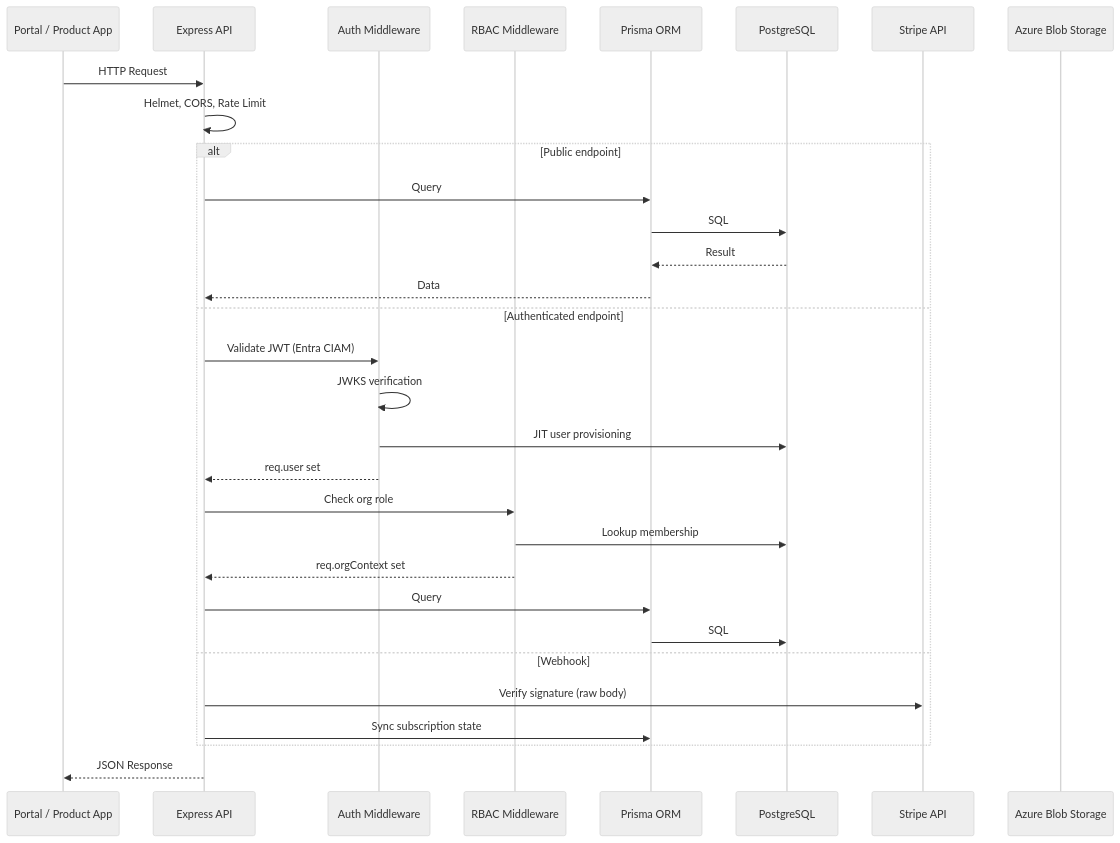
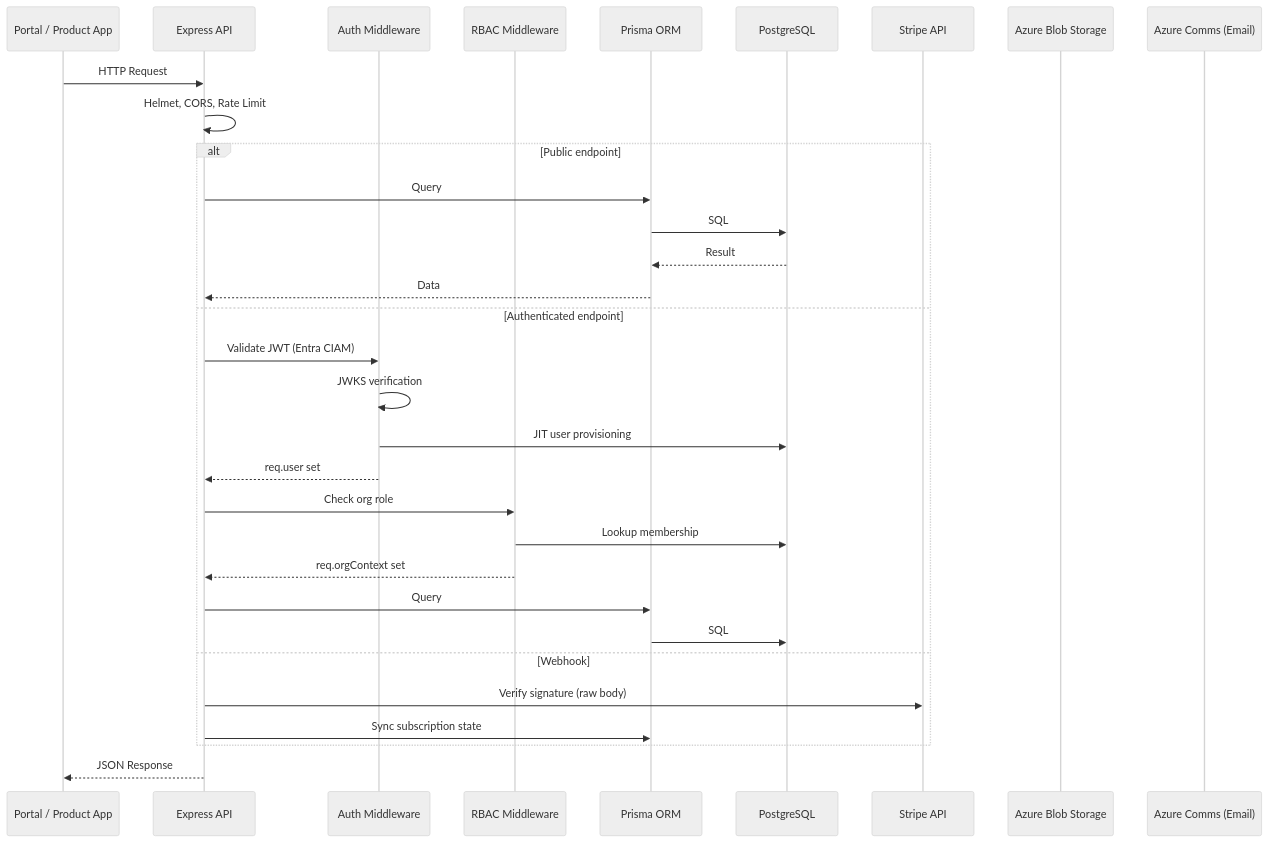
Before and after one commit to Mojo-Up/mju-customerportal-bootstrap: the diagram in docs/api.md, drawn with Mermaid (neutral theme). The commit also changed other lines of this file and 37 other files, not shown here.

````diff
--- a/docs/api.md
+++ b/docs/api.md
@@ -11,36 +11,37 @@
 ```mermaid
 sequenceDiagram
     participant Client as Portal / Product App
     participant API as Express API
     participant Auth as Auth Middleware
     participant RBAC as RBAC Middleware
     participant Prisma as Prisma ORM
     participant DB as PostgreSQL
     participant Stripe as Stripe API
     participant Blob as Azure Blob Storage
+    participant ACS as Azure Comms (Email)
 
     Client->>API: HTTP Request
     API->>API: Helmet, CORS, Rate Limit
 
     alt Public endpoint
         API->>Prisma: Query
         Prisma->>DB: SQL
         DB-->>Prisma: Result
         Prisma-->>API: Data
     else Authenticated endpoint
         API->>Auth: Validate JWT (Entra CIAM)
         Auth->>Auth: JWKS verification
         Auth->>DB: JIT user provisioning
         Auth-->>API: req.user set
         API->>RBAC: Check org role
         RBAC->>DB: Lookup membership
         RBAC-->>API: req.orgContext set
         API->>Prisma: Query
         Prisma->>DB: SQL
     else Webhook
         API->>Stripe: Verify signature (raw body)
         API->>Prisma: Sync subscription state
     end
 
     API-->>Client: JSON Response
 ```
````
